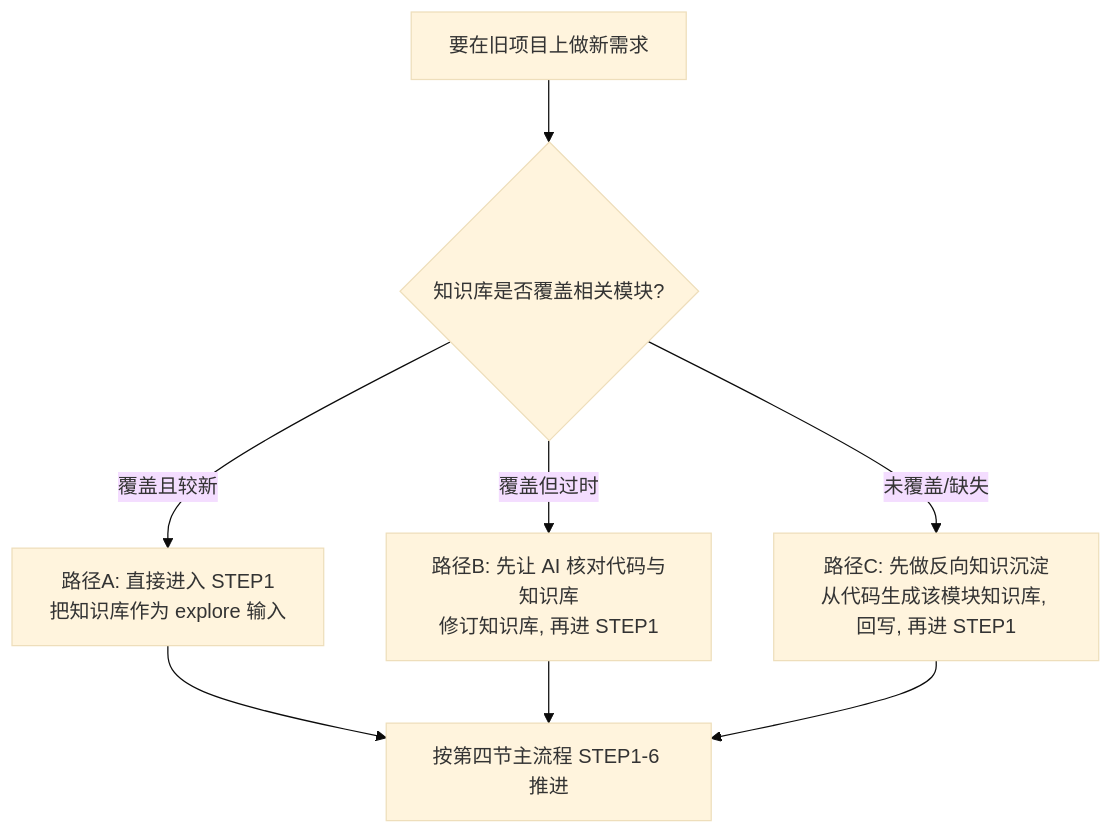
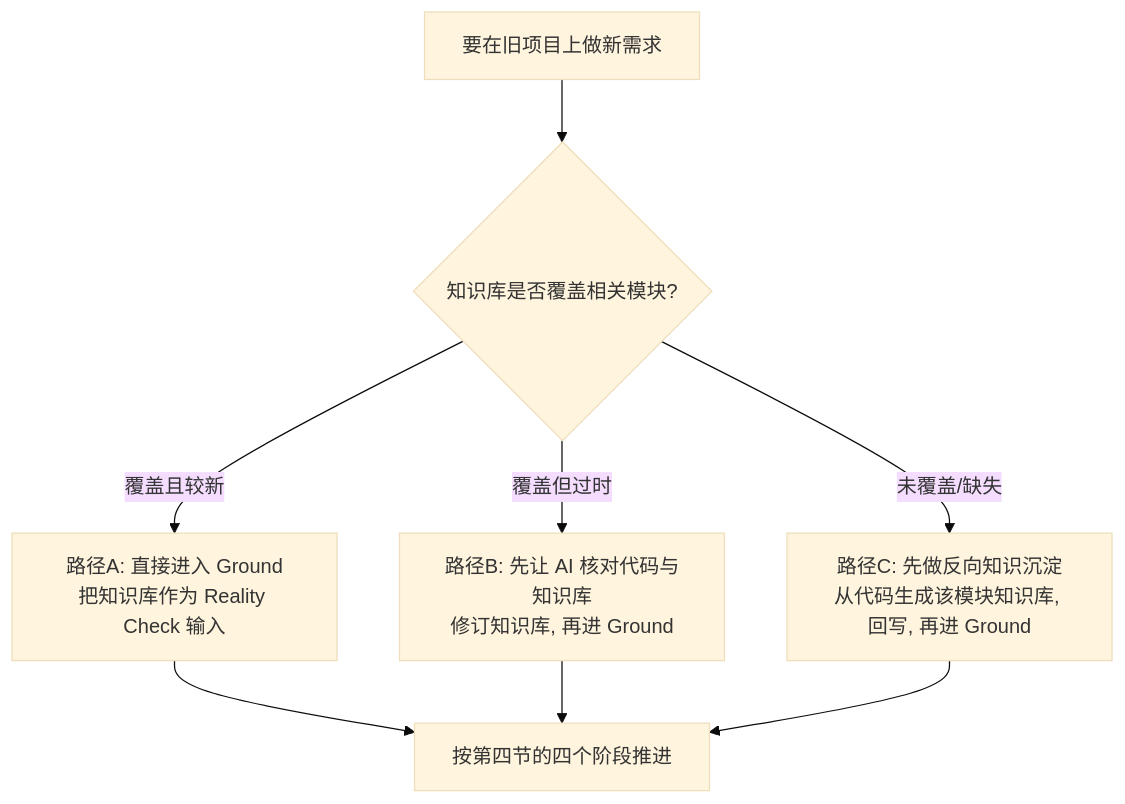
Before and after one commit to Apriorhythm/apriori-spec-development: the diagram in docs/legacy_cn.md, drawn with Mermaid (base theme). The commit also changed other lines of this file and 66 other files, not shown here.

Commit message:
feat(v6): simplify change flow and review readiness

````diff
--- a/docs/legacy_cn.md
+++ b/docs/legacy_cn.md
@@ -20,10 +20,10 @@
 ```mermaid
 graph TD
     X[要在旧项目上做新需求] --> Y{知识库是否覆盖相关模块?}
-    Y -- 覆盖且较新 --> P1[路径A: 直接进入 STEP1<br/>把知识库作为 explore 输入]
-    Y -- 覆盖但过时 --> P2[路径B: 先让 AI 核对代码与知识库<br/>修订知识库, 再进 STEP1]
-    Y -- 未覆盖/缺失 --> P3[路径C: 先做反向知识沉淀<br/>从代码生成该模块知识库, 回写, 再进 STEP1]
-    P1 --> Z[按第四节主流程 STEP1-6 推进]
+    Y -- 覆盖且较新 --> P1[路径A: 直接进入 Ground<br/>把知识库作为 Reality Check 输入]
+    Y -- 覆盖但过时 --> P2[路径B: 先让 AI 核对代码与知识库<br/>修订知识库, 再进 Ground]
+    Y -- 未覆盖/缺失 --> P3[路径C: 先做反向知识沉淀<br/>从代码生成该模块知识库, 回写, 再进 Ground]
+    P1 --> Z[按第四节的四个阶段推进]
     P2 --> Z
     P3 --> Z
 ```
````
